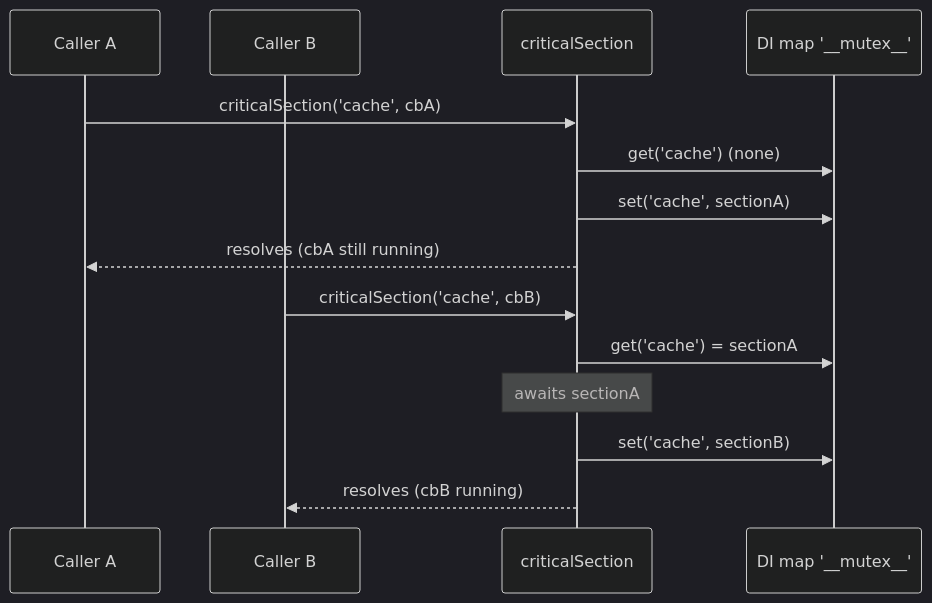
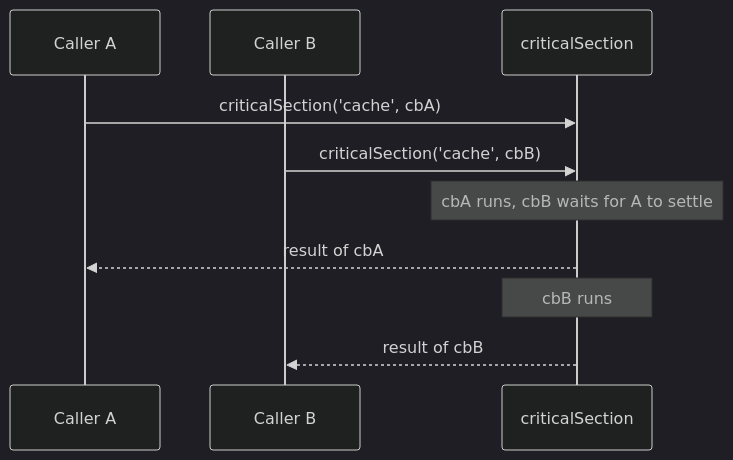
One commit to spinajs/main changed the diagram in docs/threading/03-critical-section-and-rate-limit.md. Above: the diagram before and after it, drawn with Mermaid (dark theme). The commit also changed other lines of this file and 2 other files, not shown here.

First line of the commit message:
fix(threading): criticalSection serializes per name and returns the callback result

````diff
--- a/docs/threading/03-critical-section-and-rate-limit.md
+++ b/docs/threading/03-critical-section-and-rate-limit.md
@@ -22,16 +19,12 @@
 ```mermaid
 sequenceDiagram
   participant A as Caller A
   participant B as Caller B
   participant CS as criticalSection
-  participant Reg as DI map '__mutex__'
   A->>CS: criticalSection('cache', cbA)
-  CS->>Reg: get('cache') (none)
-  CS->>Reg: set('cache', sectionA)
-  CS-->>A: resolves (cbA still running)
   B->>CS: criticalSection('cache', cbB)
-  CS->>Reg: get('cache') = sectionA
-  Note over CS: awaits sectionA
-  CS->>Reg: set('cache', sectionB)
-  CS-->>B: resolves (cbB running)
+  Note over CS: cbA runs, cbB waits for A to settle
+  CS-->>A: result of cbA
+  Note over CS: cbB runs
+  CS-->>B: result of cbB
 ```
````
